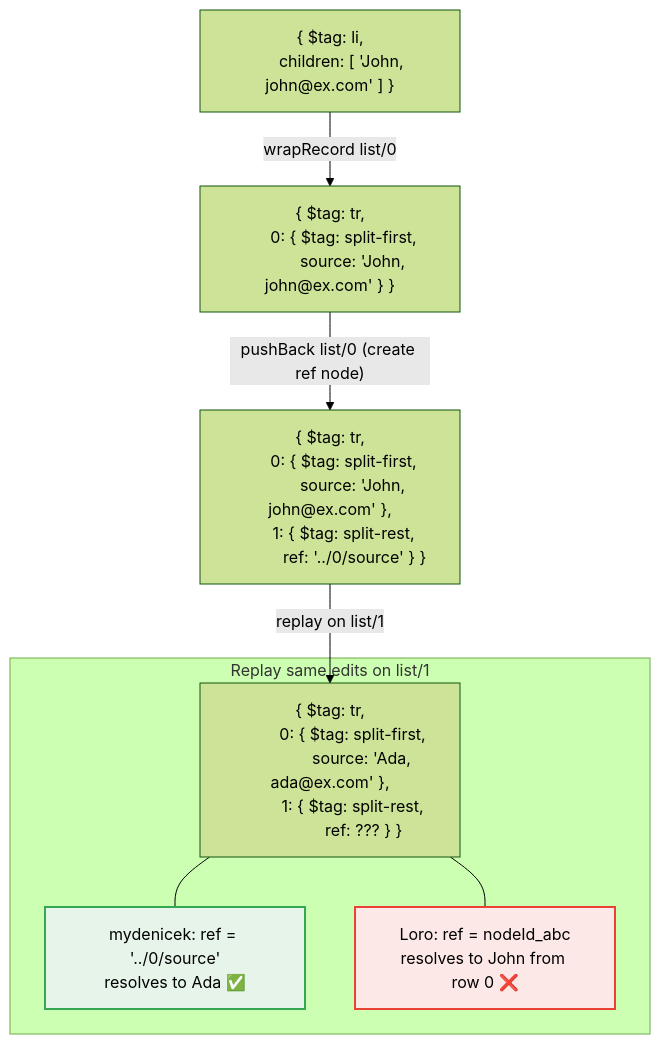
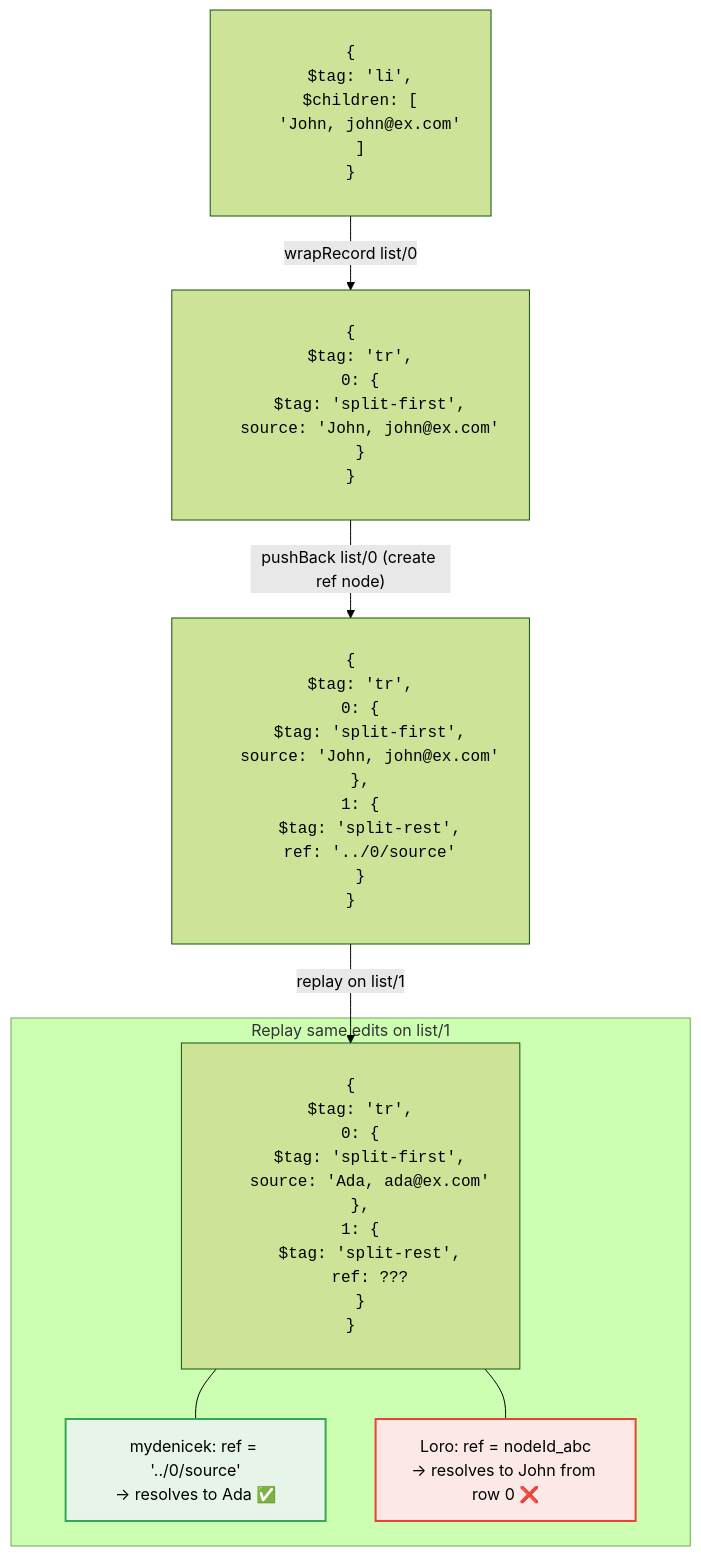
Before and after one commit to krsion/master-thesis: the diagram in img/retargeting.mmd, drawn with Mermaid (forest theme). The commit also changed 1 other file, not shown here.

Commit message:
Pretty-print JSON in retargeting diagram

```diff
--- a/img/retargeting.mmd
+++ b/img/retargeting.mmd
@@ -1,33 +1,61 @@
 graph TB
-    S1["{ $tag: li,
-      children: [ 'John, john@ex.com' ] }"]
-    S2["{ $tag: tr,
-      0: { $tag: split-first,
-           source: 'John, john@ex.com' } }"]
-    S3["{ $tag: tr,
-      0: { $tag: split-first,
-           source: 'John, john@ex.com' },
-      1: { $tag: split-rest,
-           ref: '../0/source' } }"]
+    S1["<pre>
+{
+  $tag: 'li',
+  $children: [
+    'John, john@ex.com'
+  ]
+}
+</pre>"]
+    S2["<pre>
+{
+  $tag: 'tr',
+  0: {
+    $tag: 'split-first',
+    source: 'John, john@ex.com'
+  }
+}
+</pre>"]
+    S3["<pre>
+{
+  $tag: 'tr',
+  0: {
+    $tag: 'split-first',
+    source: 'John, john@ex.com'
+  },
+  1: {
+    $tag: 'split-rest',
+    ref: '../0/source'
+  }
+}
+</pre>"]
 
     S1 -- "wrapRecord list/0" --> S2
     S2 -- "pushBack list/0 (create ref node)" --> S3
 
     subgraph replay["Replay same edits on list/1"]
-        S4["{ $tag: tr,
-          0: { $tag: split-first,
-               source: 'Ada, ada@ex.com' },
-          1: { $tag: split-rest,
-               ref: ??? } }"]
+        S4["<pre>
+{
+  $tag: 'tr',
+  0: {
+    $tag: 'split-first',
+    source: 'Ada, ada@ex.com'
+  },
+  1: {
+    $tag: 'split-rest',
+    ref: ???
+  }
+}
+</pre>"]
         OK["mydenicek: ref = '../0/source'
-resolves to Ada ✅"]
+→ resolves to Ada ✅"]
         BAD["Loro: ref = nodeId_abc
-resolves to John from row 0 ❌"]
+→ resolves to John from row 0 ❌"]
     end
 
     S3 -- "replay on list/1" --> S4
     S4 --- OK
     S4 --- BAD
 
     style OK fill:#e6f4ea,stroke:#34a853,stroke-width:2px
     style BAD fill:#fce8e6,stroke:#ea4335,stroke-width:2px
```
